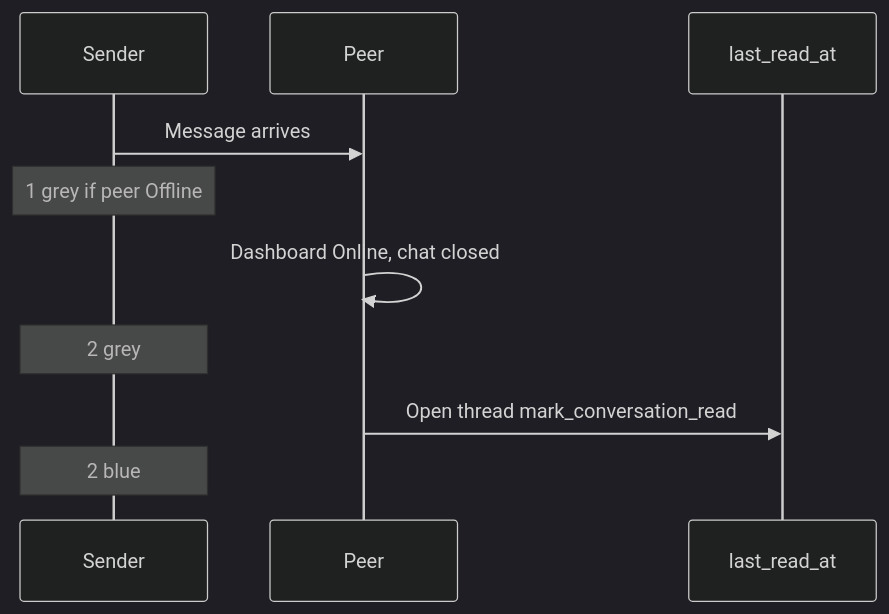
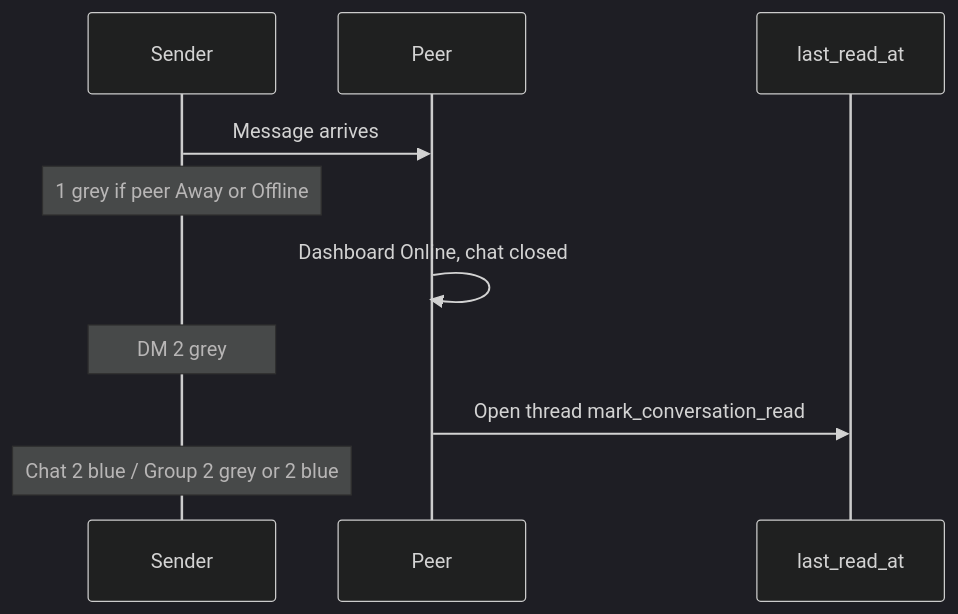
Before and after one commit to Mayur8291/Printing-Tracker: diagram 35 of 37 in docs/FLOWCHARTS.md, drawn with Mermaid (dark theme). The commit also changed other lines of this file and 9 other files, not shown here.

````diff
--- a/docs/FLOWCHARTS.md
+++ b/docs/FLOWCHARTS.md
@@ -719,12 +722,12 @@
 ```mermaid
 sequenceDiagram
   participant Sender
   participant Peer
   participant DB as last_read_at
   Sender->>Peer: Message arrives
-  Note over Sender: 1 grey if peer Offline
+  Note over Sender: 1 grey if peer Away or Offline
   Peer->>Peer: Dashboard Online, chat closed
-  Note over Sender: 2 grey
+  Note over Sender: DM 2 grey
   Peer->>DB: Open thread mark_conversation_read
-  Note over Sender: 2 blue
+  Note over Sender: Chat 2 blue / Group 2 grey or 2 blue
 ```
````
